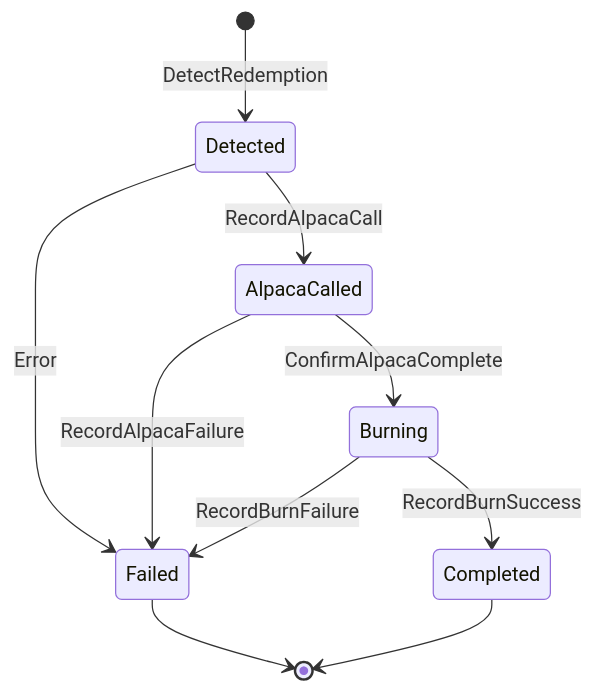
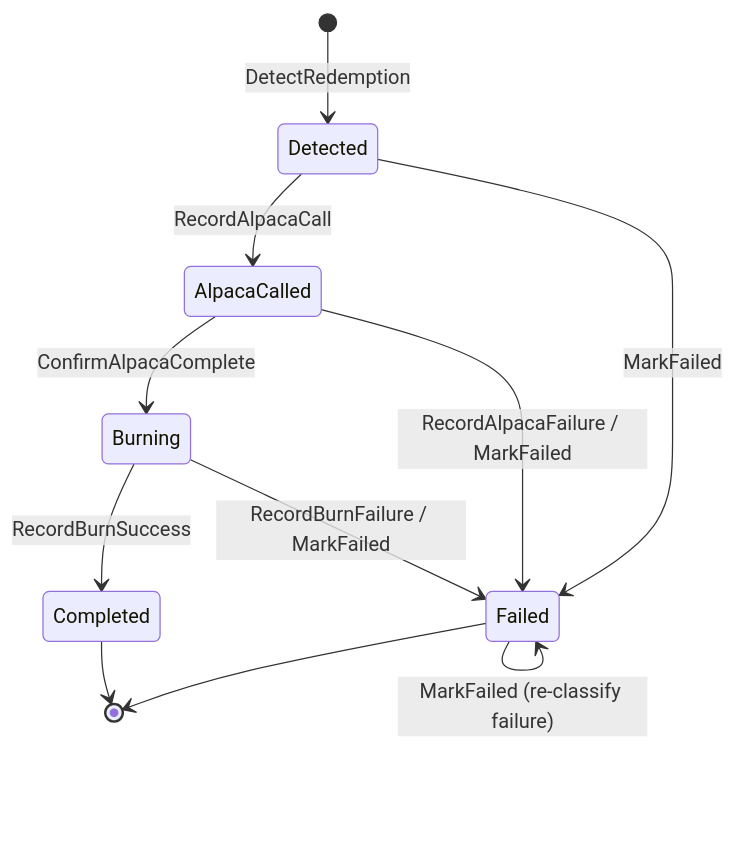
The sixth of 7 diagrams in SPEC.md (ST0x-Technology/st0x.issuance), drawn with Mermaid before and after one commit. The commit also changed other lines of this file and 3 other files, not shown here.

````diff
--- a/SPEC.md
+++ b/SPEC.md
@@ -1362,12 +1387,13 @@
 ```mermaid
 stateDiagram-v2
     [*] --> Detected: DetectRedemption
     Detected --> AlpacaCalled: RecordAlpacaCall
-    Detected --> Failed: Error
+    Detected --> Failed: MarkFailed
     AlpacaCalled --> Burning: ConfirmAlpacaComplete
-    AlpacaCalled --> Failed: RecordAlpacaFailure
+    AlpacaCalled --> Failed: RecordAlpacaFailure / MarkFailed
     Burning --> Completed: RecordBurnSuccess
-    Burning --> Failed: RecordBurnFailure
+    Burning --> Failed: RecordBurnFailure / MarkFailed
+    Failed --> Failed: MarkFailed (re-classify failure)
     Failed --> [*]
     Completed --> [*]
 ```
````
